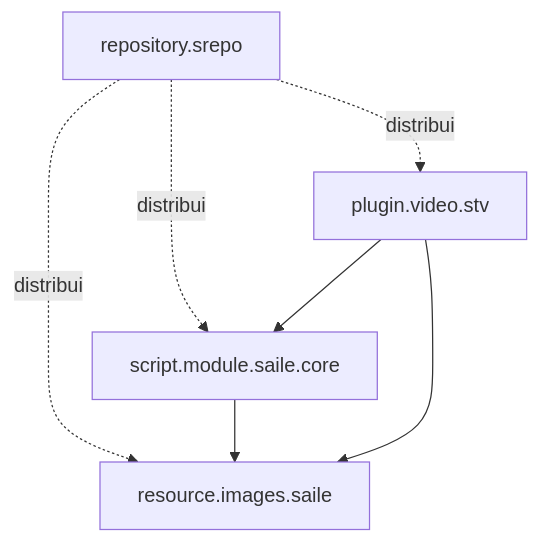
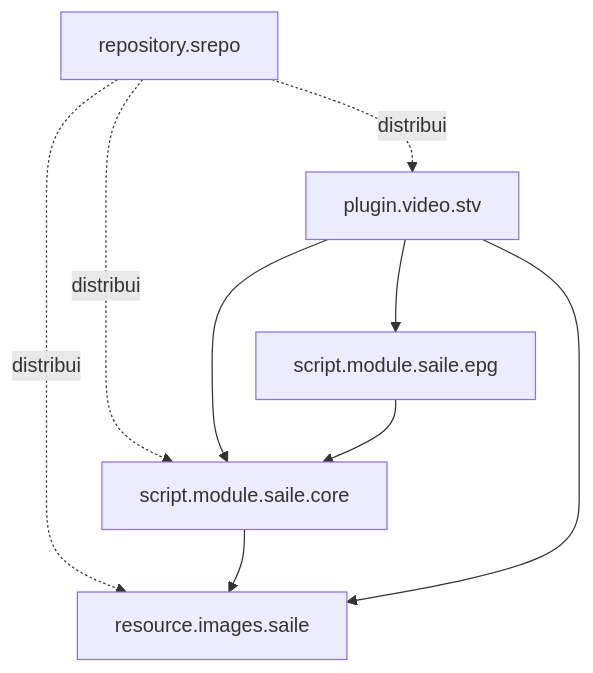
Before and after one commit to Bruno1991/sKodi_Addon: the diagram in REPOSITORY_BLUEPRINT.md, drawn with Mermaid. The commit also changed other lines of this file and 95 other files, not shown here.

Commit message:
feat(stv): modulariza EPG e padroniza InfoWall

````diff
--- a/REPOSITORY_BLUEPRINT.md
+++ b/REPOSITORY_BLUEPRINT.md
@@ -29,14 +31,17 @@
 ```mermaid
 flowchart TD
   REPO[repository.srepo]
   ART[resource.images.saile]
   CORE[script.module.saile.core]
+  EPG[script.module.saile.epg]
   STV[plugin.video.stv]
 
   CORE --> ART
   STV --> CORE
+  EPG --> CORE
+  STV --> EPG
   STV --> ART
   REPO -. distribui .-> ART
   REPO -. distribui .-> CORE
   REPO -. distribui .-> STV
 ```
````
